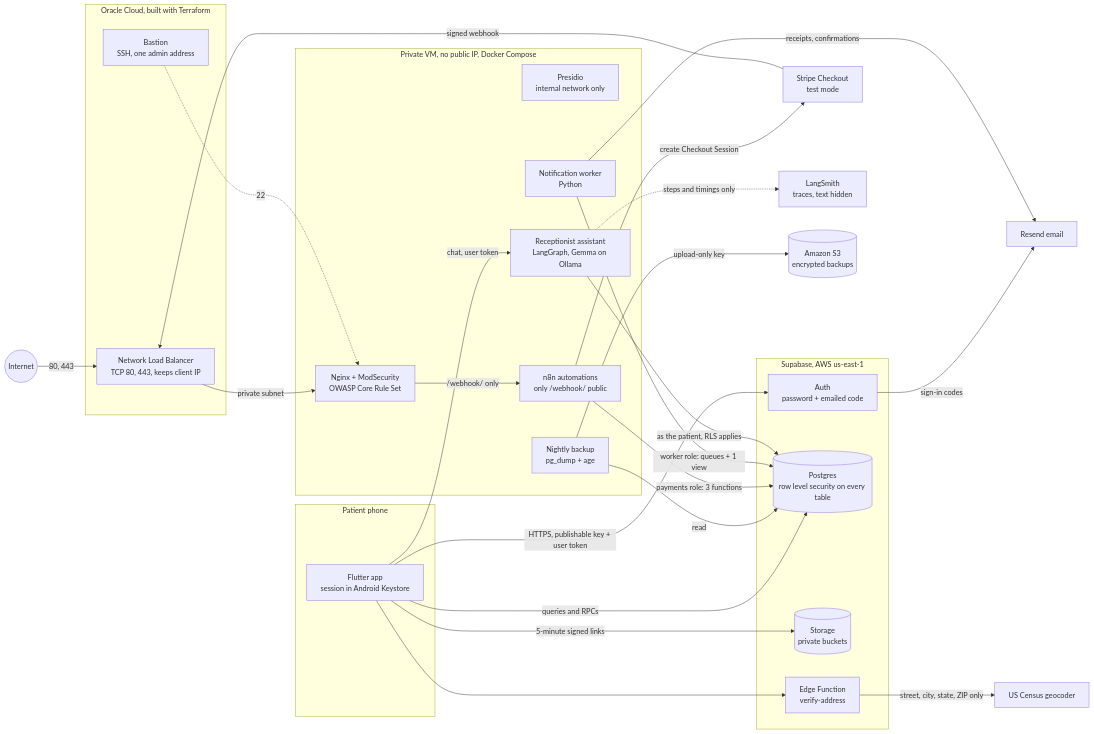
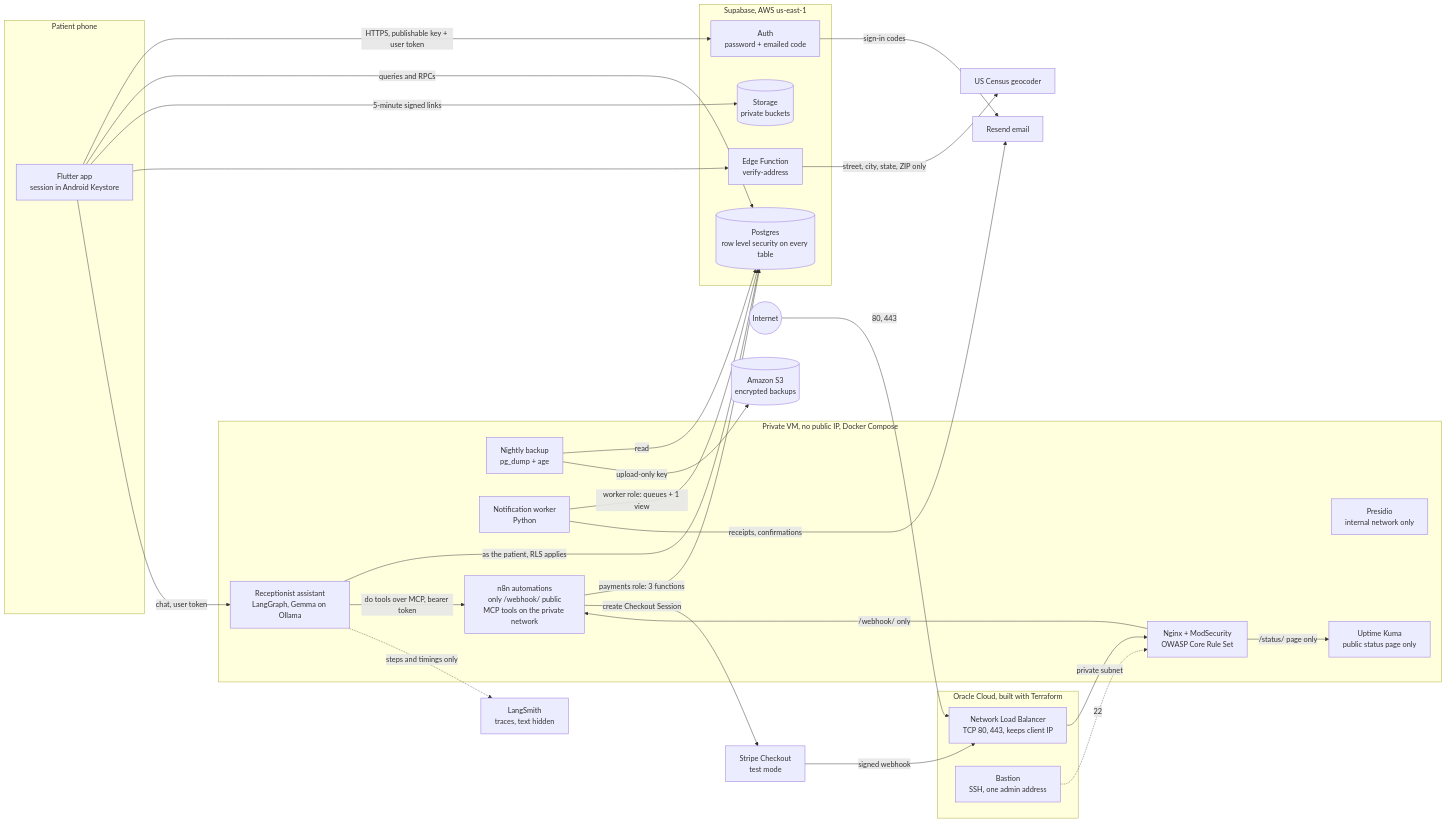
Before and after one commit to FionaMich/northgate-dental: the first of 7 diagrams in README.md, drawn with Mermaid. The commit also changed other lines of this file and 2 other files, not shown here.

First line of the commit message:
docs(readme): engineering summary, why MCP, how two-factor is built, testing and Nora's evaluations (#151)

````diff
--- a/README.md
+++ b/README.md
@@ -25,48 +37,51 @@
 ```mermaid
 flowchart LR
   subgraph phone[Patient phone]
     app[Flutter app<br/>session in Android Keystore]
   end
   subgraph supabase[Supabase, AWS us-east-1]
     auth[Auth<br/>password + emailed code]
     db[(Postgres<br/>row level security on every table)]
     storage[(Storage<br/>private buckets)]
     fn[Edge Function<br/>verify-address]
   end
   subgraph oci[Oracle Cloud, built with Terraform]
     nlb[Network Load Balancer<br/>TCP 80, 443, keeps client IP]
     bastion[Bastion<br/>SSH, one admin address]
   end
   subgraph vm[Private VM, no public IP, Docker Compose]
     waf[Nginx + ModSecurity<br/>OWASP Core Rule Set]
     presidio[Presidio<br/>internal network only]
     backup[Nightly backup<br/>pg_dump + age]
     worker[Notification worker<br/>Python]
-    n8n[n8n automations<br/>only /webhook/ public]
+    n8n[n8n automations<br/>only /webhook/ public<br/>MCP tools on the private network]
     agent[Receptionist assistant<br/>LangGraph, Gemma on Ollama]
+    kuma[Uptime Kuma<br/>public status page only]
   end
   census[US Census geocoder]
   resend[Resend email]
   stripe[Stripe Checkout<br/>test mode]
   langsmith[LangSmith<br/>traces, text hidden]
   s3[(Amazon S3<br/>encrypted backups)]
 
   app -->|HTTPS, publishable key + user token| auth
   app -->|queries and RPCs| db
   app -->|5-minute signed links| storage
   app --> fn -->|street, city, state, ZIP only| census
   auth -->|sign-in codes| resend
   internet((Internet)) -->|80, 443| nlb -->|private subnet| waf
   bastion -.->|22| waf
   backup -->|read| db
   backup -->|upload-only key| s3
   waf -->|/webhook/ only| n8n
   stripe -->|signed webhook| nlb
   n8n -->|payments role: 3 functions| db
   n8n -->|create Checkout Session| stripe
   worker -->|worker role: queues + 1 view| db
   worker -->|receipts, confirmations| resend
   app -->|chat, user token| agent
   agent -->|as the patient, RLS applies| db
+  agent -->|do tools over MCP, bearer token| n8n
+  waf -->|/status/ page only| kuma
   agent -.->|steps and timings only| langsmith
 ```
````
